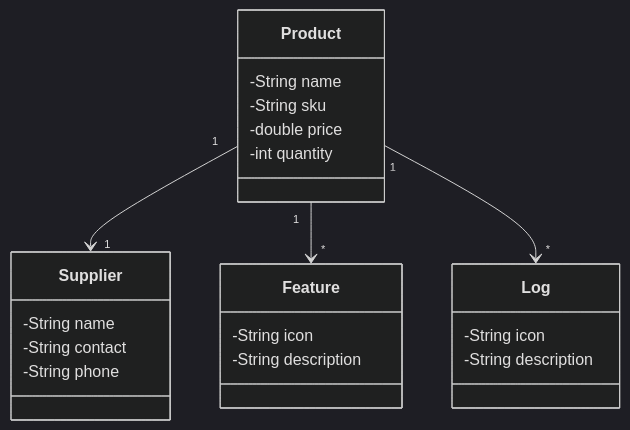
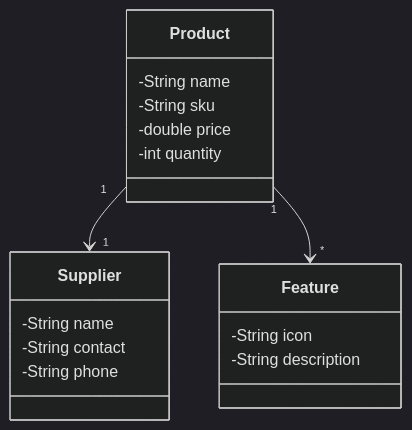
One commit to 01targino/desafio-api-rest-dio-avanade-2025 changed the diagram in README.md. Above: the diagram before and after it, drawn with Mermaid (dark theme).

````diff
--- a/README.md
+++ b/README.md
@@ -6,29 +6,24 @@
 ```mermaid 
 classDiagram
     class Product {
         -String name
         -String sku
         -double price
         -int quantity
     }
     
     class Supplier {
         -String name
         -String contact
         -String phone
     }
     
     class Feature {
         -String icon
         -String description
     }
     
-    class Log {
-        -String icon
-        -String description
-    }
 
     Product "1" --> "1" Supplier
     Product "1" --> "*" Feature
-    Product "1" --> "*" Log
 ```
````
